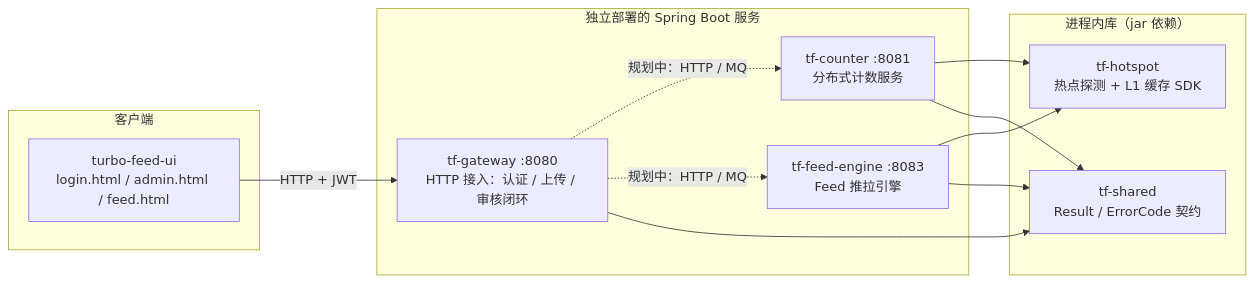
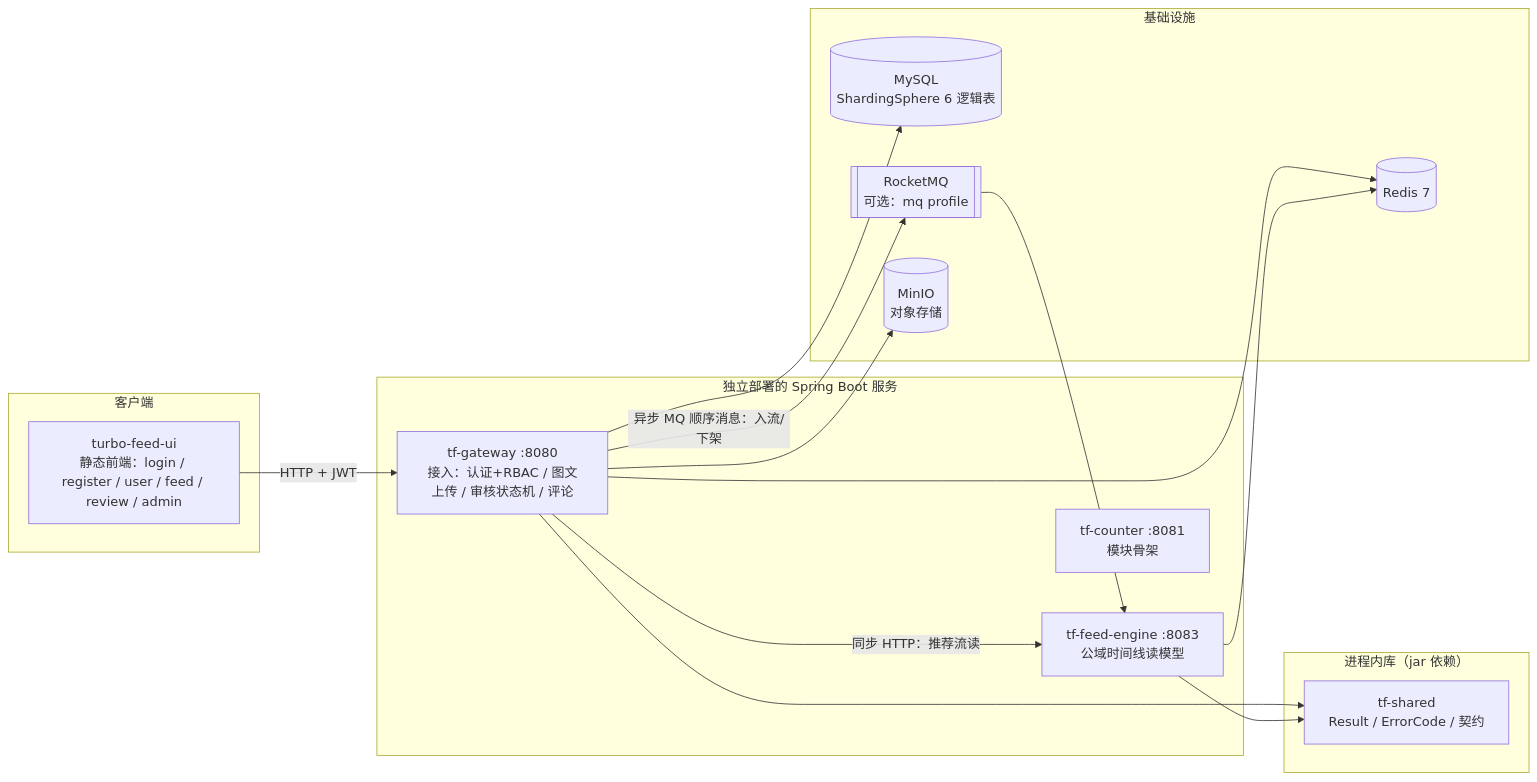
Before and after one commit to dafei-code/turbo-feed: the diagram in docs/architecture/overview.md, drawn with Mermaid. The commit also changed other lines of this file and 10 other files, not shown here.

````diff
--- a/docs/architecture/overview.md
+++ b/docs/architecture/overview.md
@@ -9,23 +10,32 @@
 ```mermaid
 flowchart LR
     subgraph clients[客户端]
-        UI[turbo-feed-ui<br/>login.html / admin.html / feed.html]
+        UI[turbo-feed-ui<br/>静态前端：login / register / user / feed / review / admin]
     end
 
     subgraph services[独立部署的 Spring Boot 服务]
-        GW[tf-gateway :8080<br/>HTTP 接入：认证 / 上传 / 审核闭环]
-        CT[tf-counter :8081<br/>分布式计数服务]
-        FE[tf-feed-engine :8083<br/>Feed 推拉引擎]
+        GW[tf-gateway :8080<br/>接入：认证+RBAC / 图文上传 / 审核状态机 / 评论]
+        FE[tf-feed-engine :8083<br/>公域时间线读模型]
+        CT[tf-counter :8081<br/>模块骨架]
+    end
+
+    subgraph infra[基础设施]
+        DB[(MySQL<br/>ShardingSphere 6 逻辑表)]
+        RD[(Redis 7)]
+        MQ[[RocketMQ<br/>可选：mq profile]]
+        OS[(MinIO<br/>对象存储)]
     end
 
     subgraph libs[进程内库（jar 依赖）]
-        HS[tf-hotspot<br/>热点探测 + L1 缓存 SDK]
-        SH[tf-shared<br/>Result / ErrorCode 契约]
+        SH[tf-shared<br/>Result / ErrorCode / 契约]
     end
 
     UI -->|HTTP + JWT| GW
-    GW -.->|规划中：HTTP / MQ| CT
-    GW -.->|规划中：HTTP / MQ| FE
-    CT & FE --> HS
-    GW & CT & FE --> SH
+    GW -->|同步 HTTP：推荐流读| FE
+    GW -->|异步 MQ 顺序消息：入流/下架| MQ
+    MQ --> FE
+    GW --> DB
+    GW & FE --> RD
+    GW --> OS
+    GW & FE --> SH
 ```
````
